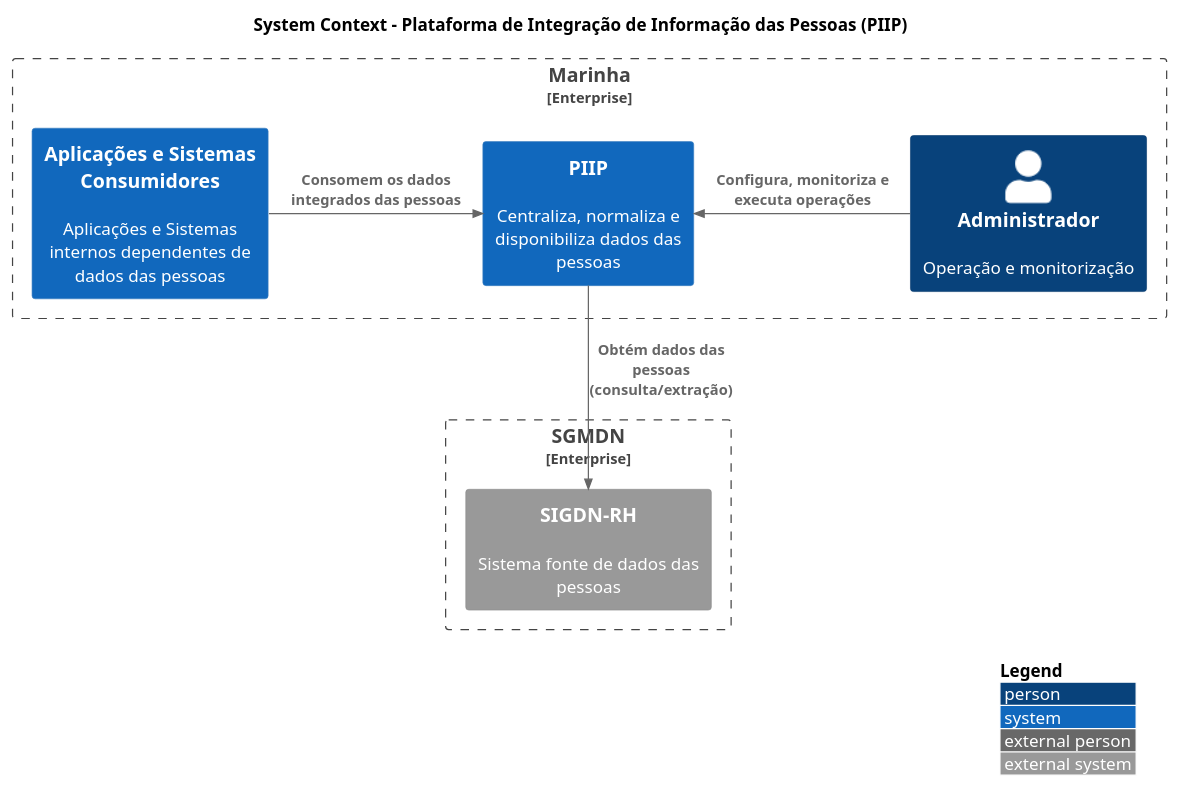
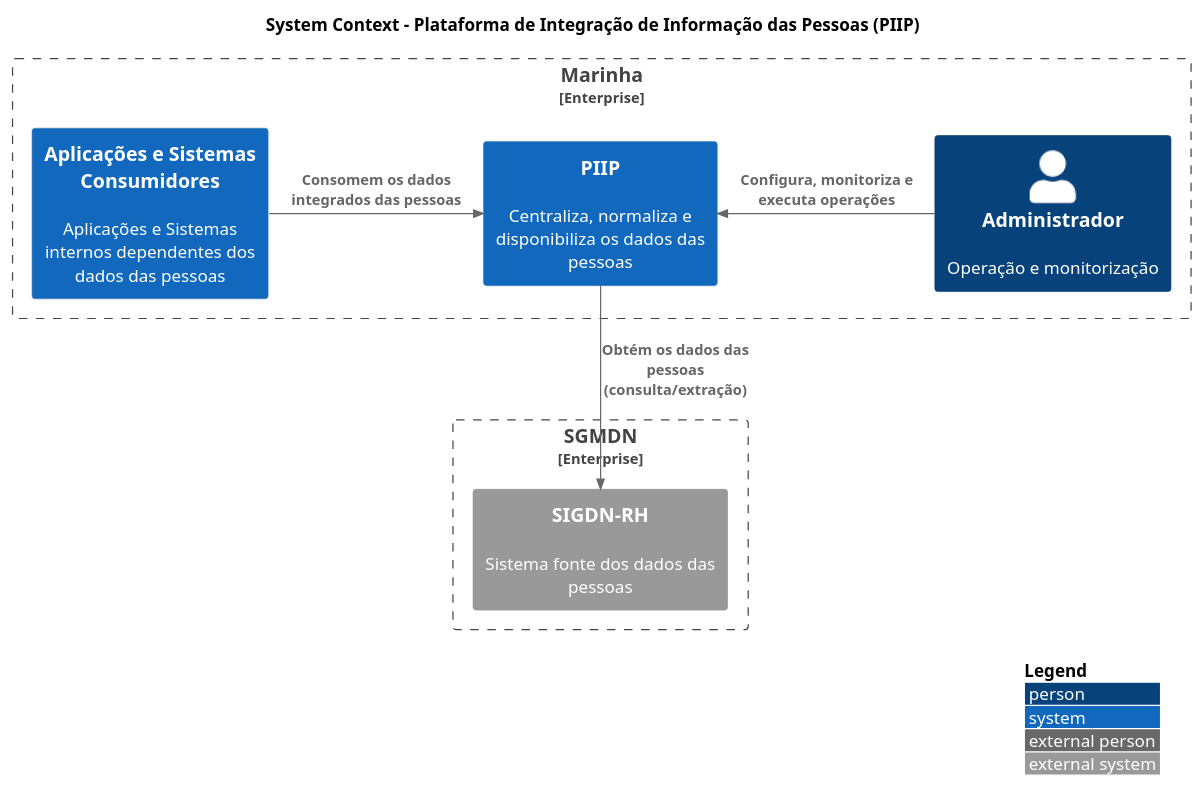
The diagram in docs/c4/system-context.md (Raimundo82/pessoas-integracao), drawn with PlantUML before and after one commit. The commit also changed 1 other file, not shown here.

Commit message:
docs: update wording and improve clarity in C4 diagrams

````diff
--- a/docs/c4/system-context.md
+++ b/docs/c4/system-context.md
@@ -3,21 +3,21 @@
 ```plantuml
 @startuml system-context-pessoas-integracao
 !include https://raw.githubusercontent.com/plantuml-stdlib/C4-PlantUML/master/C4_Context.puml
 
 LAYOUT_WITH_LEGEND()
 
 title System Context - Plataforma de Integração de Informação das Pessoas (PIIP)
 
 Enterprise_Boundary(marinha, "Marinha") {
     Person(admin, "Administrador", "Operação e monitorização")
-    System(pessoas_integracao, "PIIP", "Centraliza, normaliza e disponibiliza dados das pessoas")
-    System(consumidores, "Aplicações e Sistemas Consumidores", "Aplicações e Sistemas internos dependentes de dados das pessoas")
+    System(pessoas_integracao, "PIIP", "Centraliza, normaliza e disponibiliza os dados das pessoas")
+    System(consumidores, "Aplicações e Sistemas Consumidores", "Aplicações e Sistemas internos dependentes dos dados das pessoas")
 }
 Enterprise_Boundary(sgmdn, "SGMDN") {
-    System_Ext(sigdn_rh, "SIGDN-RH", "Sistema fonte de dados das pessoas")
+    System_Ext(sigdn_rh, "SIGDN-RH", "Sistema fonte dos dados das pessoas")
 }
 Rel_L(admin, pessoas_integracao,"Configura, monitoriza e executa operações")
 Rel_R(consumidores, pessoas_integracao, "Consomem os dados integrados das pessoas")
-Rel(pessoas_integracao, sigdn_rh, "Obtém dados das pessoas (consulta/extração)")
+Rel(pessoas_integracao, sigdn_rh, "Obtém os dados das pessoas (consulta/extração)")
 @enduml
 ```
````
